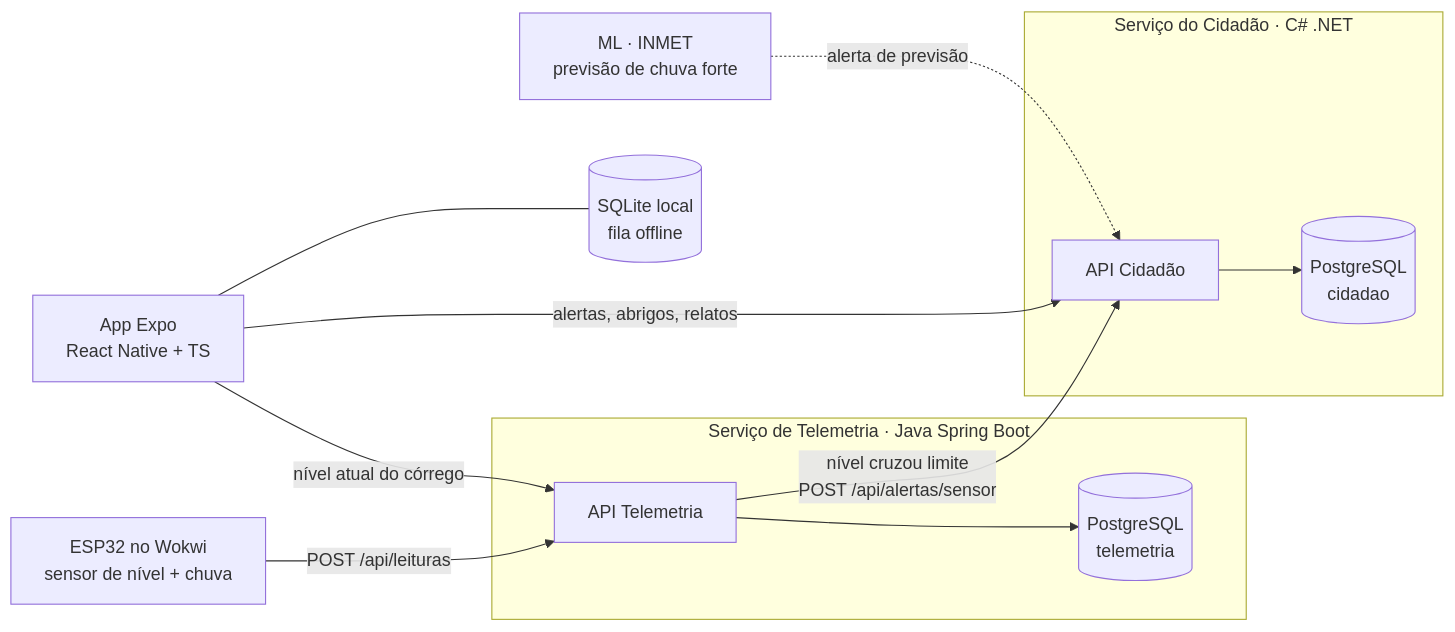
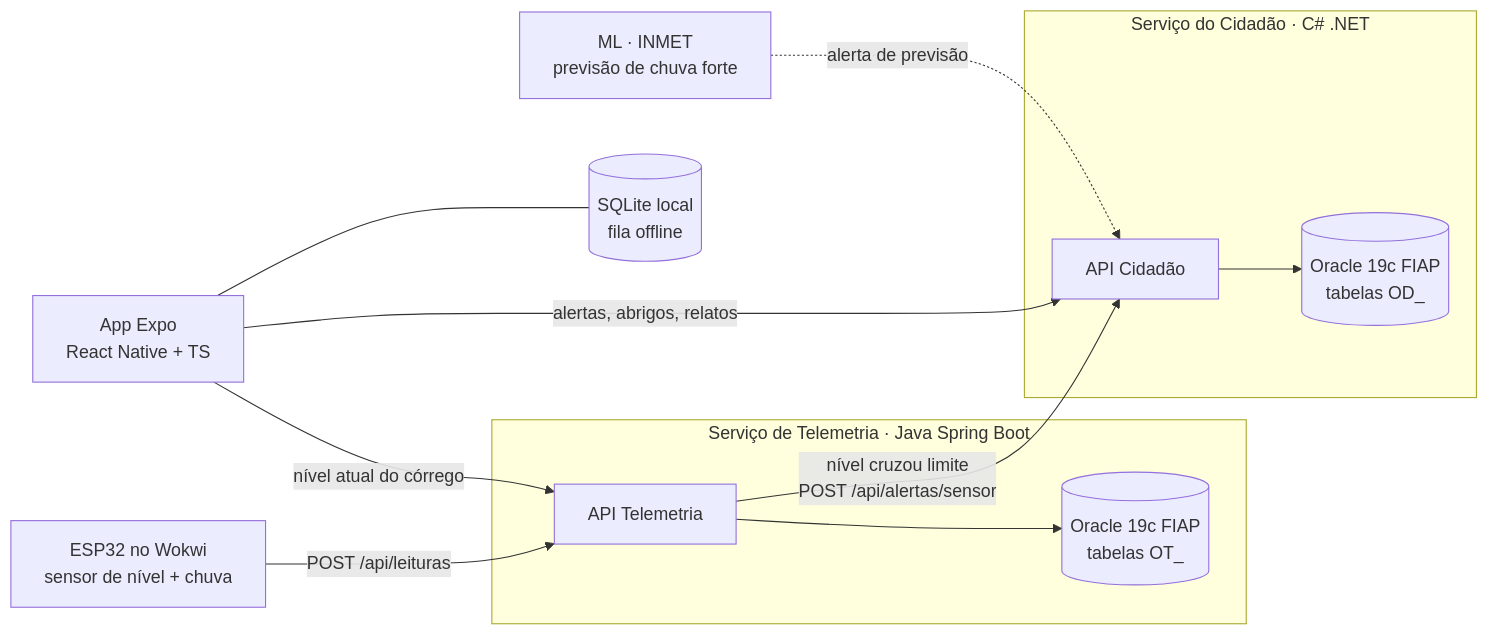
The diagram in README.md (PeOliveira18/GlobalSolution-Mobile), drawn with Mermaid before and after one commit. The commit also changed 1 other file, not shown here.

Commit message:
Atualiza o diagrama para o Oracle e ajusta o README do app

````diff
--- a/README.md
+++ b/README.md
@@ -21,15 +21,15 @@
 ```mermaid
 flowchart LR
     ESP[ESP32 no Wokwi<br/>sensor de nível + chuva] -- POST /api/leituras --> TEL
     subgraph SOA [Serviço de Telemetria · Java Spring Boot]
-      TEL[API Telemetria] --> PGT[(PostgreSQL<br/>telemetria)]
+      TEL[API Telemetria] --> ORT[(Oracle 19c FIAP<br/>tabelas OT_)]
     end
     TEL -- "nível cruzou limite<br/>POST /api/alertas/sensor" --> CID
     subgraph CS [Serviço do Cidadão · C# .NET]
-      CID[API Cidadão] --> PGC[(PostgreSQL<br/>cidadao)]
+      CID[API Cidadão] --> ORA[(Oracle 19c FIAP<br/>tabelas OD_)]
     end
     APP[App Expo<br/>React Native + TS] -- alertas, abrigos, relatos --> CID
     APP -- nível atual do córrego --> TEL
     APP --- SQL[(SQLite local<br/>fila offline)]
     ML[ML · INMET<br/>previsão de chuva forte] -. alerta de previsão .-> CID
 ```
````
